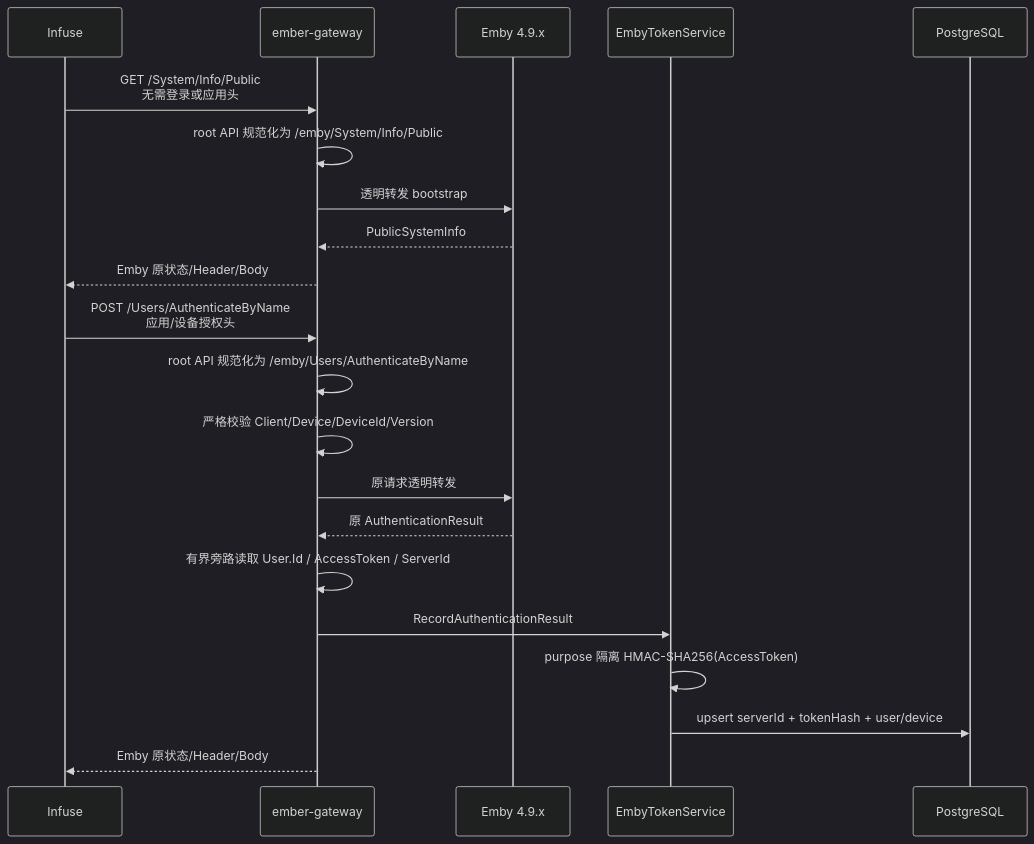
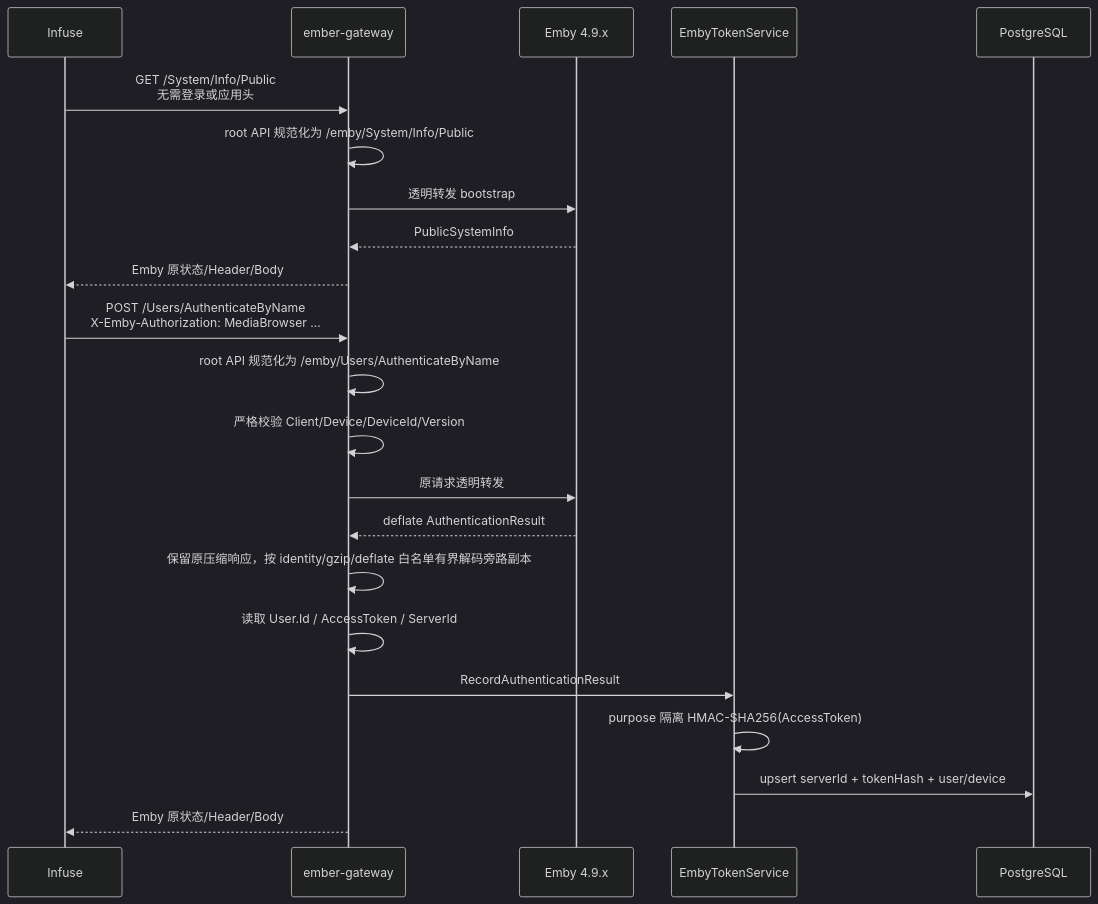
The fourth of 8 diagrams in docs/reference/p115-playback-end-to-end-flow.md (konghanghang/ember), drawn with Mermaid (dark theme) before and after one commit. The commit also changed other lines of this file and 6 other files, not shown here.

````diff
--- a/docs/reference/p115-playback-end-to-end-flow.md
+++ b/docs/reference/p115-playback-end-to-end-flow.md
@@ -153,24 +153,25 @@
 ```mermaid
 sequenceDiagram
     participant Client as Infuse
     participant Gateway as ember-gateway
     participant Emby as Emby 4.9.x
     participant Token as EmbyTokenService
     participant DB as PostgreSQL
 
     Client->>Gateway: GET /System/Info/Public<br/>无需登录或应用头
     Gateway->>Gateway: root API 规范化为 /emby/System/Info/Public
     Gateway->>Emby: 透明转发 bootstrap
     Emby-->>Gateway: PublicSystemInfo
     Gateway-->>Client: Emby 原状态/Header/Body
-    Client->>Gateway: POST /Users/AuthenticateByName<br/>应用/设备授权头
+    Client->>Gateway: POST /Users/AuthenticateByName<br/>X-Emby-Authorization: MediaBrowser ...
     Gateway->>Gateway: root API 规范化为 /emby/Users/AuthenticateByName
     Gateway->>Gateway: 严格校验 Client/Device/DeviceId/Version
     Gateway->>Emby: 原请求透明转发
-    Emby-->>Gateway: 原 AuthenticationResult
-    Gateway->>Gateway: 有界旁路读取 User.Id / AccessToken / ServerId
+    Emby-->>Gateway: deflate AuthenticationResult
+    Gateway->>Gateway: 保留原压缩响应，按 identity/gzip/deflate 白名单有界解码旁路副本
+    Gateway->>Gateway: 读取 User.Id / AccessToken / ServerId
     Gateway->>Token: RecordAuthenticationResult
     Token->>Token: purpose 隔离 HMAC-SHA256(AccessToken)
     Token->>DB: upsert serverId + tokenHash + user/device
     Gateway-->>Client: Emby 原状态/Header/Body
 ```
````
